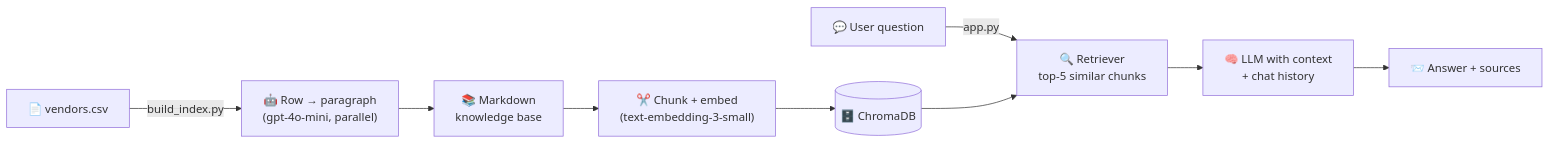
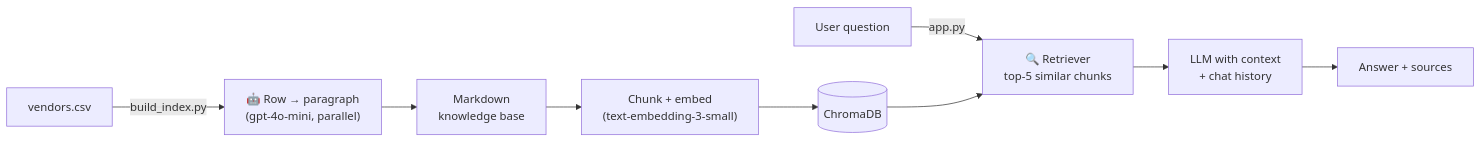
One commit to ghaderimaryam/event-plannig-ai-assistant changed the diagram in README.md. Above: the diagram before and after it, drawn with Mermaid. The commit also changed other lines of this file, not shown here.

````diff
--- a/README.md
+++ b/README.md
@@ -37,12 +37,12 @@
 ```mermaid
 flowchart LR
-    CSV["📄 vendors.csv"] -->|build_index.py| RAG["🤖 Row → paragraph<br/>(gpt-4o-mini, parallel)"]
-    RAG --> MD["📚 Markdown<br/>knowledge base"]
-    MD --> CHUNK["✂️ Chunk + embed<br/>(text-embedding-3-small)"]
-    CHUNK --> DB[("🗄️ ChromaDB")]
+    CSV[" vendors.csv"] -->|build_index.py| RAG["🤖 Row → paragraph<br/>(gpt-4o-mini, parallel)"]
+    RAG --> MD[" Markdown<br/>knowledge base"]
+    MD --> CHUNK[" Chunk + embed<br/>(text-embedding-3-small)"]
+    CHUNK --> DB[(" ChromaDB")]
 
-    USER["💬 User question"] -->|app.py| RET["🔍 Retriever<br/>top-5 similar chunks"]
+    USER[" User question"] -->|app.py| RET["🔍 Retriever<br/>top-5 similar chunks"]
     DB --> RET
-    RET --> LLM["🧠 LLM with context<br/>+ chat history"]
-    LLM --> OUT["📨 Answer + sources"]
+    RET --> LLM[" LLM with context<br/>+ chat history"]
+    LLM --> OUT[" Answer + sources"]
 ```
````
